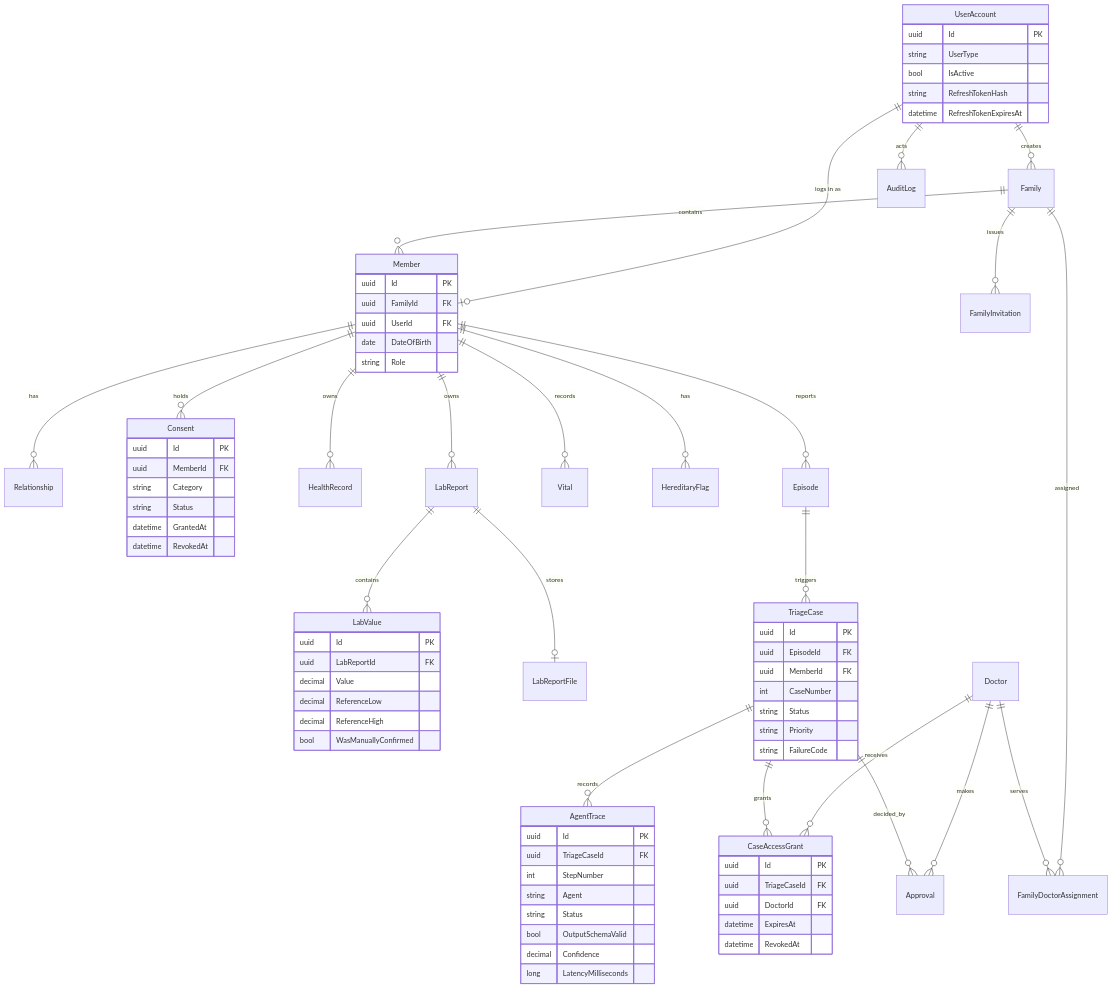
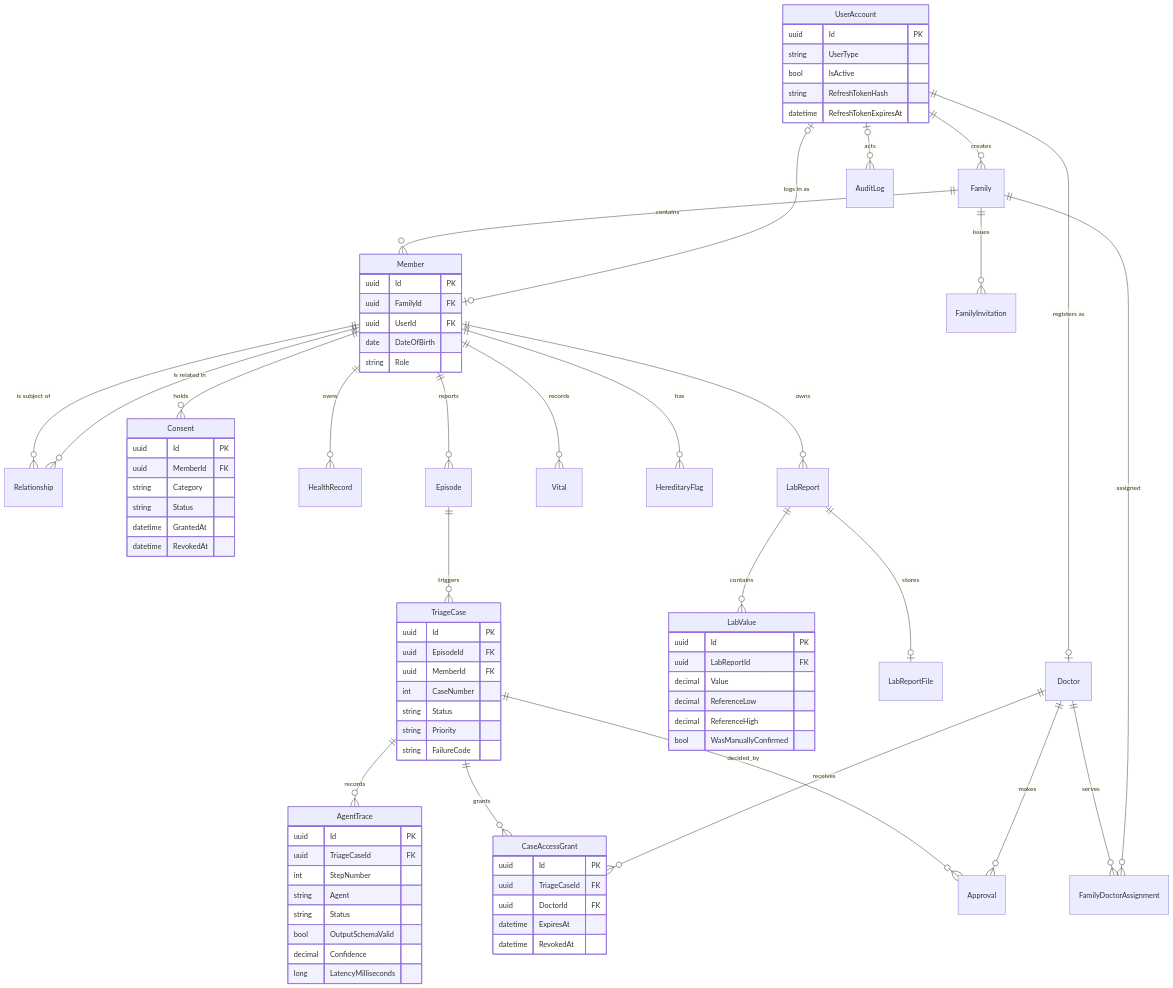
Before and after one commit to sahansbandara/Family-Veda-SEF-Project: the fifth of 6 diagrams in docs/university/FINAL_REPORT.md, drawn with Mermaid. The commit also changed other lines of this file and 63 other files, not shown here.

First line of the commit message:
docs: complete final report evidence, UML diagrams, ADRs and testing report

```diff
--- a/docs/university/FINAL_REPORT.md
+++ b/docs/university/FINAL_REPORT.md
@@ -957,8 +876,10 @@
 erDiagram
     UserAccount ||--o{ Family : creates
     Family ||--o{ Member : contains
-    UserAccount ||--o| Member : "logs in as"
-    Member ||--o{ Relationship : has
+    UserAccount |o--o| Member : "logs in as"
+    UserAccount ||--o| Doctor : "registers as"
+    Member ||--o{ Relationship : "is subject of"
+    Member ||--o{ Relationship : "is related in"
     Member ||--o{ Consent : holds
     Family ||--o{ FamilyInvitation : issues
     Member ||--o{ HealthRecord : owns
@@ -976,7 +897,7 @@
     Doctor ||--o{ CaseAccessGrant : receives
     TriageCase ||--o{ Approval : decided_by
     Doctor ||--o{ Approval : makes
-    UserAccount ||--o{ AuditLog : acts
+    UserAccount |o--o{ AuditLog : acts
 
     UserAccount {
         uuid Id PK
```
